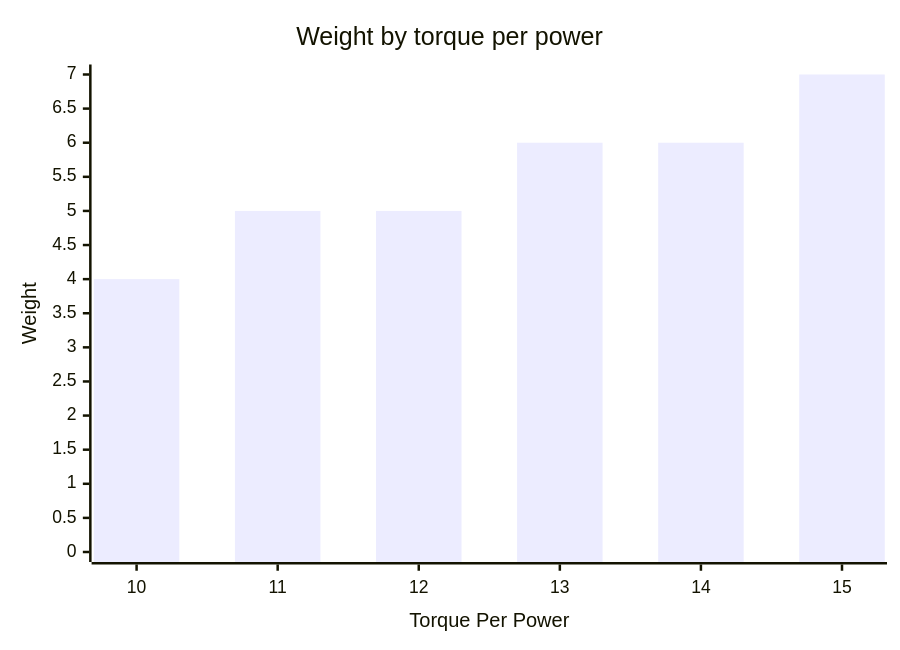
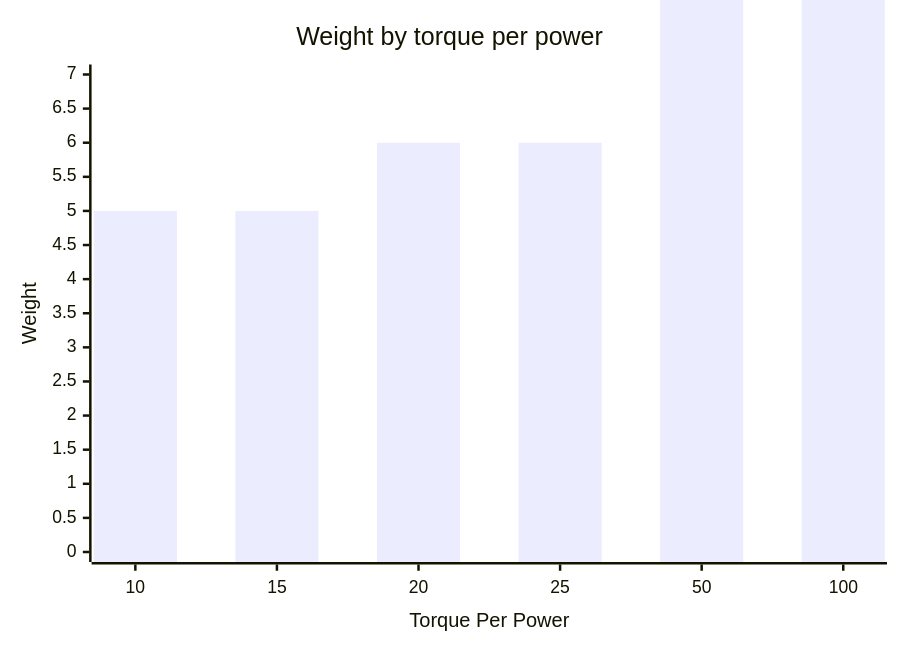
One commit to kilfour/SharpBotz changed the second of 2 diagrams in Docs/B_Bot/A_Modules/C_PoweredModules/C_RotatorTests.md. Above: the diagram before and after it, drawn with Mermaid. The commit also changed other lines of this file and 3 other files, not shown here.

````diff
--- a/Docs/B_Bot/A_Modules/C_PoweredModules/C_RotatorTests.md
+++ b/Docs/B_Bot/A_Modules/C_PoweredModules/C_RotatorTests.md
@@ -39,7 +39,7 @@
 ```mermaid
 xychart-beta
     title "Weight by torque per power"
-    x-axis "Torque Per Power" [10, 11, 12, 13, 14, 15]
+    x-axis "Torque Per Power" [10, 15, 20, 25, 50, 100]
     y-axis "Weight" 0 --> 7
-    bar [4, 5, 5, 6, 6, 7]
+    bar [5, 5, 6, 6, 9, 14]
 ```
````
